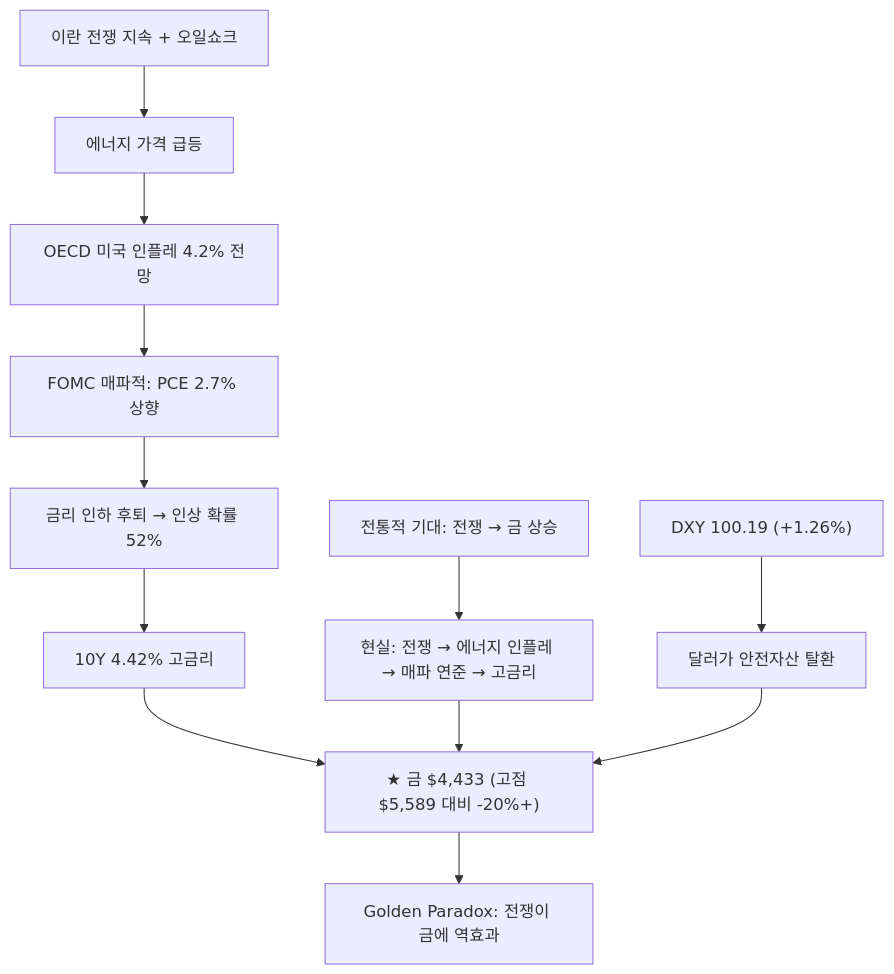
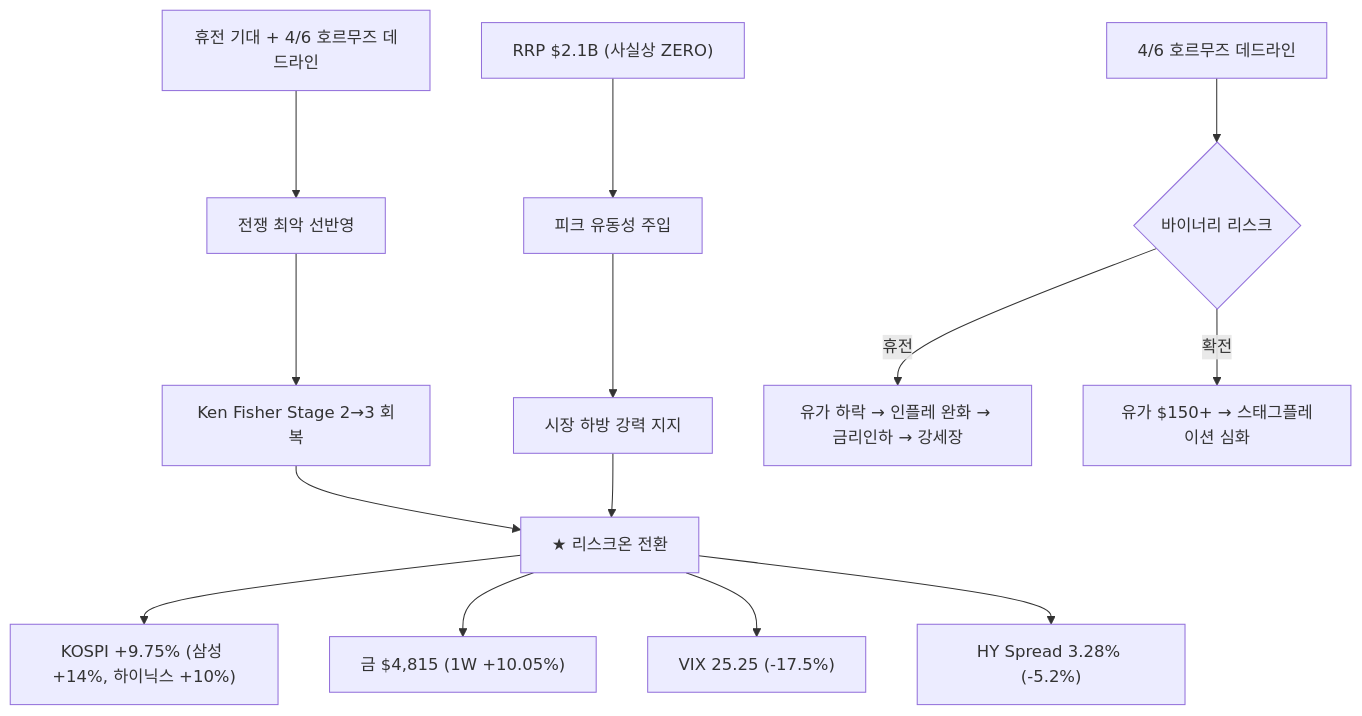
Before and after one commit to dss99911/dss99911.github.io: the first of 9 diagrams in _posts/knowledge/invest/2026-01-12-macroeconomic-policy-sector-outlook-2026.md, drawn with Mermaid. The commit also changed other lines of this file and 3 other files, not shown here.

First line of the commit message:
투자 데일리 트랙킹 2026-04-02: KOSPI +9.75% 폭등, 휴전 기대, 4/6 호르무즈 데드라인

````diff
--- a/_posts/knowledge/invest/2026-01-12-macroeconomic-policy-sector-outlook-2026.md
+++ b/_posts/knowledge/invest/2026-01-12-macroeconomic-policy-sector-outlook-2026.md
@@ -62,14 +64,16 @@
 ```mermaid
 graph TD
-    A["이란 전쟁 지속 + 오일쇼크"] --> B["에너지 가격 급등"]
-    B --> C["OECD 미국 인플레 4.2% 전망"]
-    C --> D["FOMC 매파적: PCE 2.7% 상향"]
-    D --> E["금리 인하 후퇴 → 인상 확률 52%"]
-    E --> F["10Y 4.42% 고금리"]
-    F --> G["★ 금 $4,433 #40;고점 $5,589 대비 -20%+#41;"]
-    H["전통적 기대: 전쟁 → 금 상승"] --> I["현실: 전쟁 → 에너지 인플레 → 매파 연준 → 고금리"]
-    I --> G
-    G --> J["Golden Paradox: 전쟁이 금에 역효과"]
-    K["DXY 100.19 #40;+1.26%#41;"] --> L["달러가 안전자산 탈환"]
-    L --> G
+    A["휴전 기대 + 4/6 호르무즈 데드라인"] --> B["전쟁 최악 선반영"]
+    B --> C["Ken Fisher Stage 2→3 회복"]
+    D["RRP $2.1B #40;사실상 ZERO#41;"] --> E["피크 유동성 주입"]
+    E --> F["시장 하방 강력 지지"]
+    C --> G["★ 리스크온 전환"]
+    F --> G
+    G --> H["KOSPI +9.75% #40;삼성 +14%, 하이닉스 +10%#41;"]
+    G --> I["금 $4,815 #40;1W +10.05%#41;"]
+    G --> J["VIX 25.25 #40;-17.5%#41;"]
+    G --> K["HY Spread 3.28% #40;-5.2%#41;"]
+    L["4/6 호르무즈 데드라인"] --> M{"바이너리 리스크"}
+    M -->|"휴전"| N["유가 하락 → 인플레 완화 → 금리인하 → 강세장"]
+    M -->|"확전"| O["유가 $150+ → 스태그플레이션 심화"]
 ```
````
